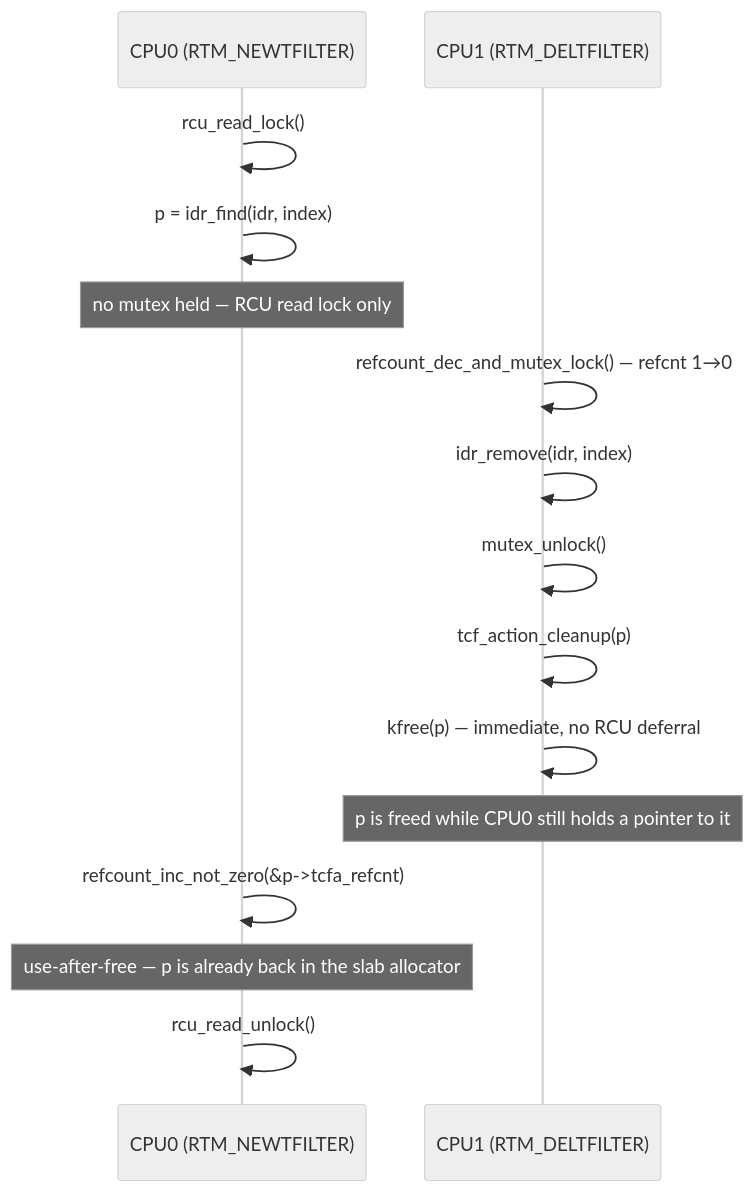
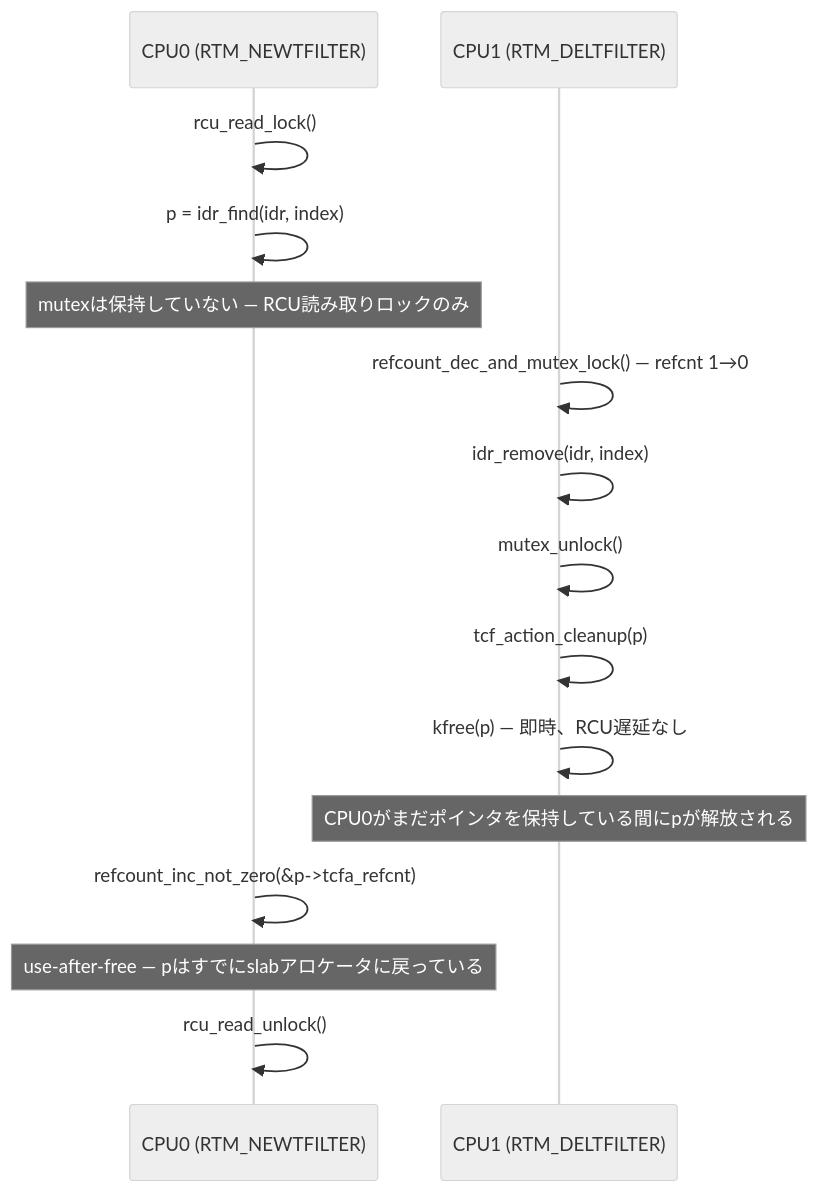
Before and after one commit to doguto/linux-kernel-internals-jp: the second of 3 diagrams in docs/net/war-stories/act-api-uaf.md, drawn with Mermaid (neutral theme). The commit also changed other lines of this file and 34 other files, not shown here.

````diff
--- a/docs/net/war-stories/act-api-uaf.md
+++ b/docs/net/war-stories/act-api-uaf.md
@@ -110,17 +110,17 @@
 ```mermaid
 sequenceDiagram
     participant C0 as CPU0 (RTM_NEWTFILTER)
     participant C1 as CPU1 (RTM_DELTFILTER)
     C0->>C0: rcu_read_lock()
     C0->>C0: p = idr_find(idr, index)
-    Note over C0: no mutex held — RCU read lock only
+    Note over C0: mutexは保持していない — RCU読み取りロックのみ
     C1->>C1: refcount_dec_and_mutex_lock() — refcnt 1→0
     C1->>C1: idr_remove(idr, index)
     C1->>C1: mutex_unlock()
     C1->>C1: tcf_action_cleanup(p)
-    C1->>C1: kfree(p) — immediate, no RCU deferral
-    Note over C1: p is freed while CPU0 still holds a pointer to it
+    C1->>C1: kfree(p) — 即時、RCU遅延なし
+    Note over C1: CPU0がまだポインタを保持している間にpが解放される
     C0->>C0: refcount_inc_not_zero(&p->tcfa_refcnt)
-    Note over C0: use-after-free — p is already back in the slab allocator
+    Note over C0: use-after-free — pはすでにslabアロケータに戻っている
     C0->>C0: rcu_read_unlock()
 ```
````
